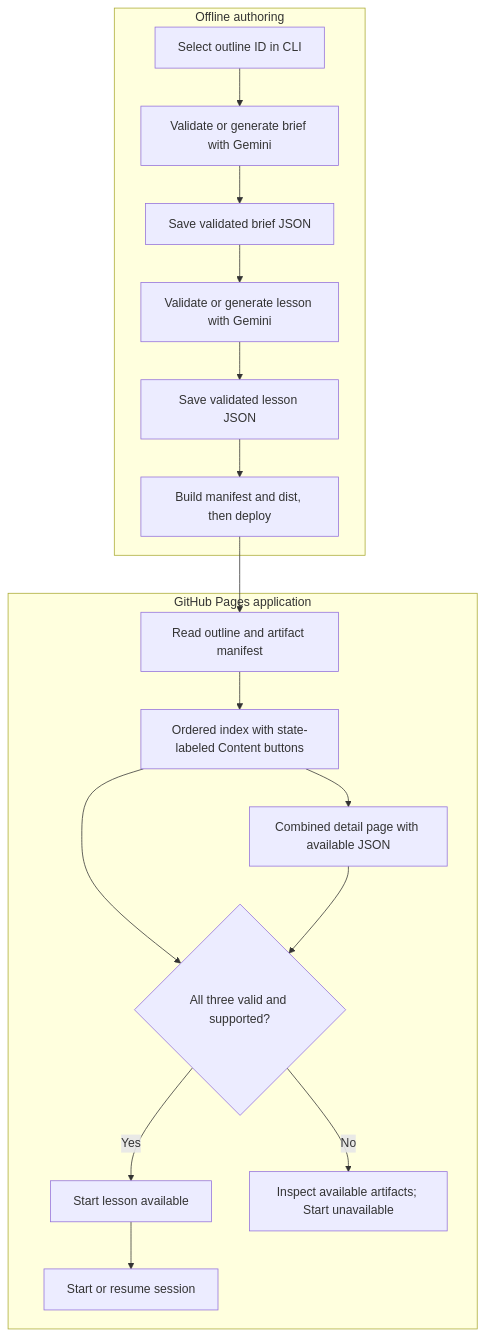
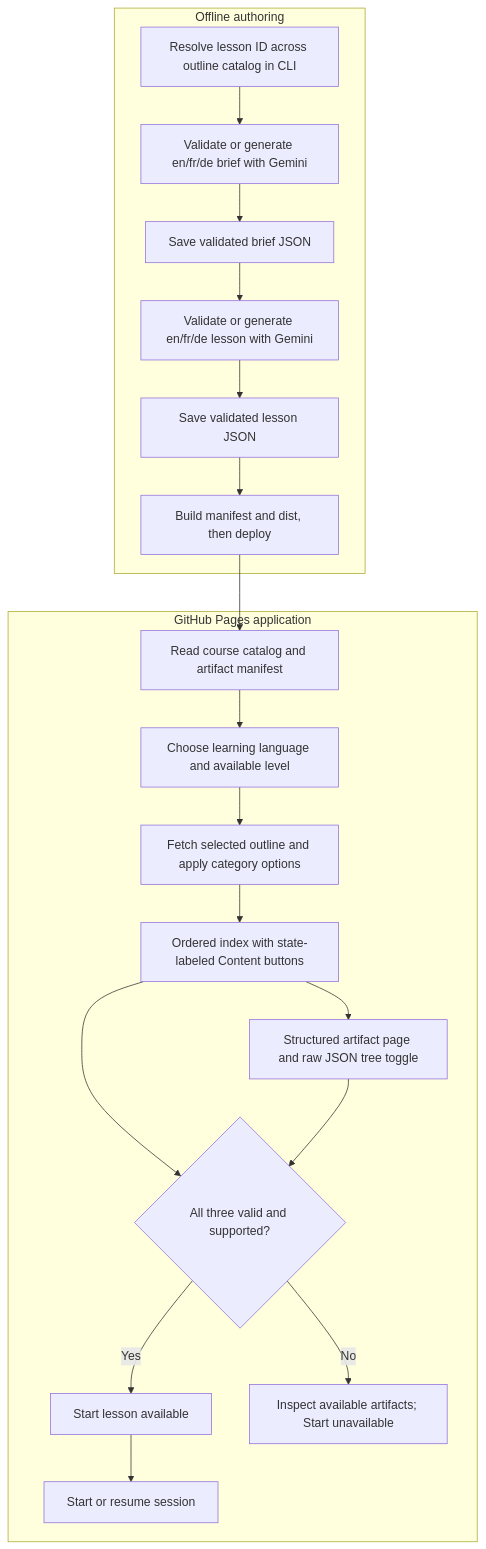
One commit to bastian-schnitzler/lesson_prototype changed the first of 33 diagrams in docs/SPEC.md. Above: the diagram before and after it, drawn with Mermaid. The commit also changed other lines of this file and 90 other files, not shown here.

````diff
--- a/docs/SPEC.md
+++ b/docs/SPEC.md
@@ -189,20 +259,22 @@
 ```mermaid
 flowchart TD
     subgraph Authoring[Offline authoring]
-        A[Select outline ID in CLI] --> B[Validate or generate brief with Gemini]
+        A[Resolve lesson ID across outline catalog in CLI] --> B[Validate or generate en/fr/de brief with Gemini]
         B --> C[Save validated brief JSON]
-        C --> D[Validate or generate lesson with Gemini]
+        C --> D[Validate or generate en/fr/de lesson with Gemini]
         D --> E[Save validated lesson JSON]
         E --> F[Build manifest and dist, then deploy]
     end
     subgraph Browser[GitHub Pages application]
-        F --> G[Read outline and artifact manifest]
-        G --> H[Ordered index with state-labeled Content buttons]
-        H --> I[Combined detail page with available JSON]
+        F --> G[Read course catalog and artifact manifest]
+        G --> G1[Choose learning language and available level]
+        G1 --> G2[Fetch selected outline and apply category options]
+        G2 --> H[Ordered index with state-labeled Content buttons]
+        H --> I[Structured artifact page and raw JSON tree toggle]
         H --> J{All three valid and supported?}
         I --> J
         J -->|Yes| K[Start lesson available]
         J -->|No| L[Inspect available artifacts; Start unavailable]
         K --> M[Start or resume session]
     end
 ```
````
